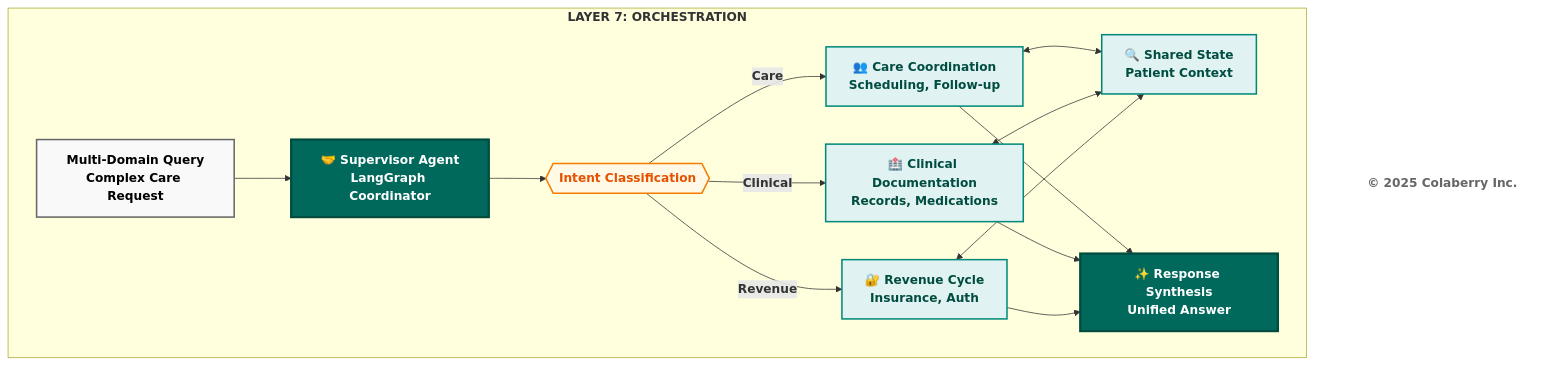
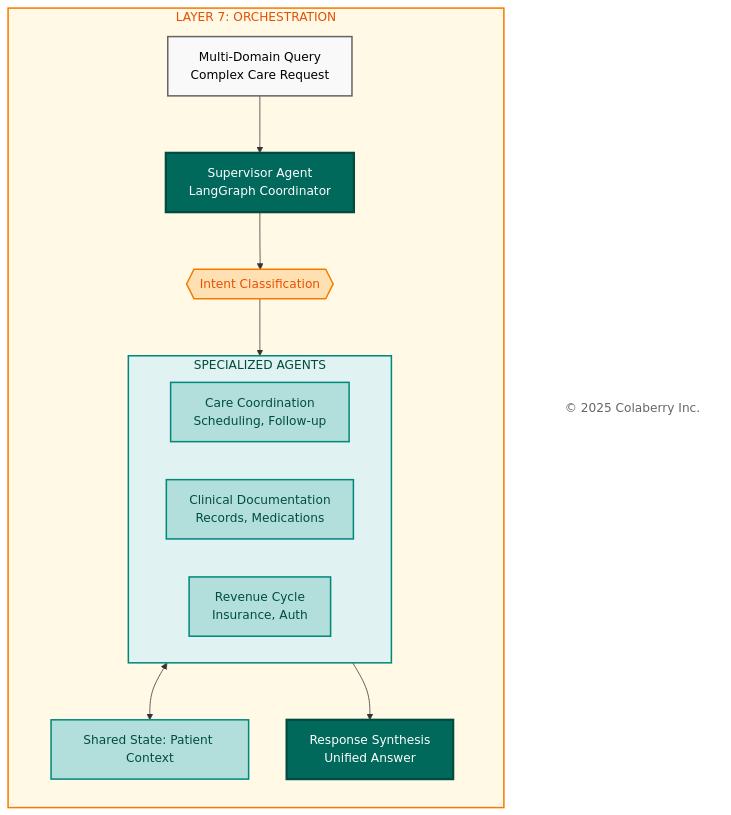
Before and after one commit to colaberry/trust-before-intelligence-book: the ninth of 14 diagrams in manuscript/07_chapter_6_transparency_orchestration_layers_v1_9.md, drawn with Mermaid.

Commit message:
Cleaning up the diagrams
Cleaning up the diagrams

````diff
--- a/manuscript/07_chapter_6_transparency_orchestration_layers_v1_9.md
+++ b/manuscript/07_chapter_6_transparency_orchestration_layers_v1_9.md
@@ -843,42 +843,40 @@
 ```mermaid
+
 graph TB
-    subgraph "<b>LAYER 7: ORCHESTRATION</b>"
-        Query["<b>Multi-Domain Query</b><br/><b>Complex Care Request</b>"]
+    subgraph LAYER7["LAYER 7: ORCHESTRATION"]
+        direction TB
+        Query["Multi-Domain Query<br/>Complex Care Request"]
+        Supervisor["Supervisor Agent<br/>LangGraph Coordinator"]
+        Intent{{"Intent Classification"}}
         
-        Supervisor["<b>🤝 Supervisor Agent</b><br/><b>LangGraph Coordinator</b>"]
+        subgraph AGENTS["SPECIALIZED AGENTS"]
+            direction LR
+            Care["Care Coordination<br/>Scheduling, Follow-up"]
+            Clinical["Clinical Documentation<br/>Records, Medications"]
+            Revenue["Revenue Cycle<br/>Insurance, Auth"]
+        end
         
-        Intent{{"<b>Intent Classification</b>"}}
-        
-        Care["<b>👥 Care Coordination</b><br/><b>Scheduling, Follow-up</b>"]
-        Clinical["<b>🏥 Clinical Documentation</b><br/><b>Records, Medications</b>"]
-        Revenue["<b>🔐 Revenue Cycle</b><br/><b>Insurance, Auth</b>"]
-        
-        State["<b>🔍 Shared State</b><br/><b>Patient Context</b>"]
-        
-        Synthesis["<b>✨ Response Synthesis</b><br/><b>Unified Answer</b>"]
+        State["Shared State: Patient Context"]
+        Synthesis["Response Synthesis<br/>Unified Answer"]
     end
     
-    Copyright["<b>© 2025 Colaberry Inc.</b>"]
+    Copyright["© 2025 Colaberry Inc."]
     
-    Query --> Supervisor
-    Supervisor --> Intent
-    Intent -->|<b>Care</b>| Care
-    Intent -->|<b>Clinical</b>| Clinical
-    Intent -->|<b>Revenue</b>| Revenue
-    Care <--> State
-    Clinical <--> State
-    Revenue <--> State
-    Care --> Synthesis
-    Clinical --> Synthesis
-    Revenue --> Synthesis
+    Query --> Supervisor --> Intent
+    Intent --> AGENTS
+    AGENTS <--> State
+    AGENTS --> Synthesis
     
+    style LAYER7 fill:#fff9e6,stroke:#f57c00,stroke-width:2px,color:#e65100
     style Query fill:#f9f9f9,stroke:#666666,stroke-width:2px,color:#000000
     style Supervisor fill:#00695c,color:#ffffff,stroke:#004d40,stroke-width:3px
-    style Intent fill:#fff9e6,stroke:#f57c00,stroke-width:2px,color:#e65100
-    style Care fill:#e0f2f1,stroke:#00897b,stroke-width:2px,color:#004d40
-    style Clinical fill:#e0f2f1,stroke:#00897b,stroke-width:2px,color:#004d40
-    style Revenue fill:#e0f2f1,stroke:#00897b,stroke-width:2px,color:#004d40
-    style State fill:#e0f2f1,stroke:#00897b,stroke-width:2px,color:#004d40
+    style Intent fill:#ffe0b2,stroke:#f57c00,stroke-width:2px,color:#e65100
+    style AGENTS fill:#e0f2f1,stroke:#00897b,stroke-width:2px,color:#004d40
+    style Care fill:#b2dfdb,stroke:#00897b,stroke-width:2px,color:#004d40
+    style Clinical fill:#b2dfdb,stroke:#00897b,stroke-width:2px,color:#004d40
+    style Revenue fill:#b2dfdb,stroke:#00897b,stroke-width:2px,color:#004d40
+    style State fill:#b2dfdb,stroke:#00897b,stroke-width:2px,color:#004d40
     style Synthesis fill:#00695c,color:#ffffff,stroke:#004d40,stroke-width:3px
     style Copyright fill:#ffffff,stroke:none,color:#666666
+
 ```
````
